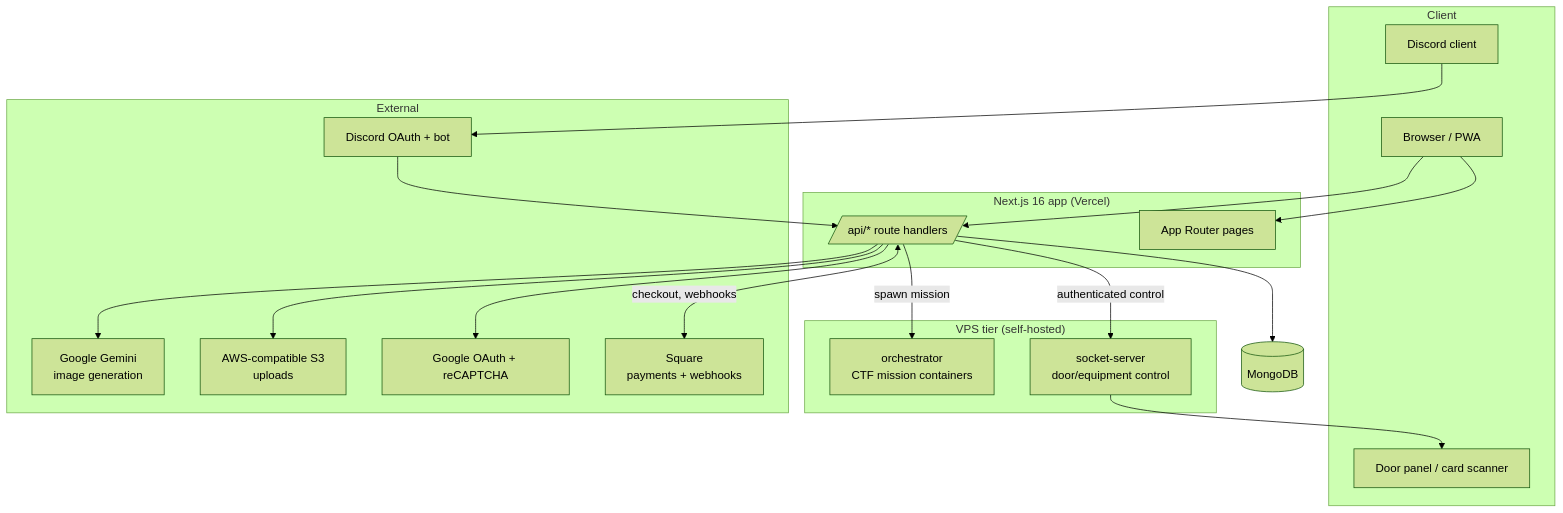
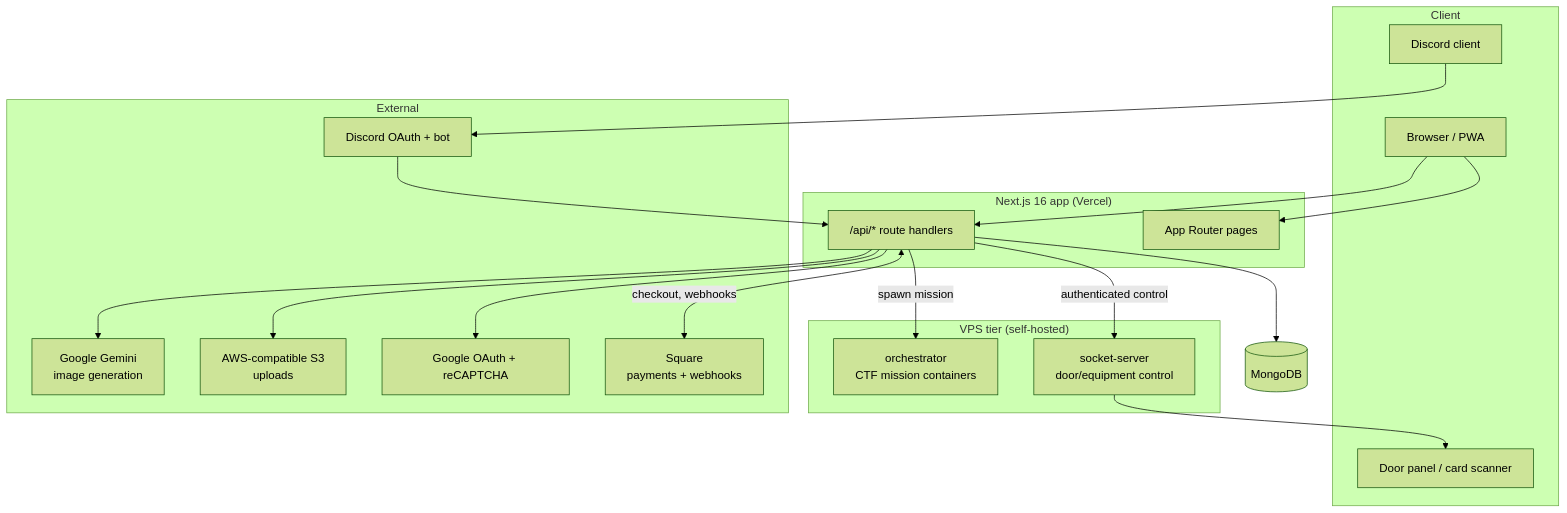
The first of 2 diagrams in docs/architecture/overview.md (FabLab-Fort-Smith/fablab), drawn with Mermaid (forest theme) before and after one commit. The commit also changed other lines of this file and 15 other files, not shown here.

First line of the commit message:
docs: complete narrative documentation set (architecture, guides, features, API) (#109)

````diff
--- a/docs/architecture/overview.md
+++ b/docs/architecture/overview.md
@@ -33,39 +33,39 @@
 ```mermaid
 flowchart TB
   subgraph Client
-    Browser[Browser / PWA]
-    DiscordUser[Discord client]
-    Door[Door panel / card scanner]
+    Browser["Browser / PWA"]
+    DiscordUser["Discord client"]
+    Door["Door panel / card scanner"]
   end
 
   subgraph App["Next.js 16 app (Vercel)"]
-    Web[App Router pages]
-    API[/api/* route handlers/]
+    Web["App Router pages"]
+    API["/api/* route handlers"]
   end
 
   DB[(MongoDB)]
 
   subgraph VPS["VPS tier (self-hosted)"]
-    Socket[socket-server\ndoor/equipment control]
-    Orch[orchestrator\nCTF mission containers]
+    Socket["socket-server<br/>door/equipment control"]
+    Orch["orchestrator<br/>CTF mission containers"]
   end
 
   subgraph External
-    Square[Square\npayments + webhooks]
-    Google[Google OAuth + reCAPTCHA]
-    Discord[Discord OAuth + bot]
-    S3[AWS-compatible S3\nuploads]
-    Gemini[Google Gemini\nimage generation]
+    Square["Square<br/>payments + webhooks"]
+    Google["Google OAuth + reCAPTCHA"]
+    Discord["Discord OAuth + bot"]
+    S3["AWS-compatible S3<br/>uploads"]
+    Gemini["Google Gemini<br/>image generation"]
   end
 
   Browser --> Web
   Browser --> API
   DiscordUser --> Discord --> API
   API --> DB
   API -->|authenticated control| Socket --> Door
   API -->|spawn mission| Orch
   API <-->|checkout, webhooks| Square
   API --> Google
   API --> S3
   API --> Gemini
 ```
````
